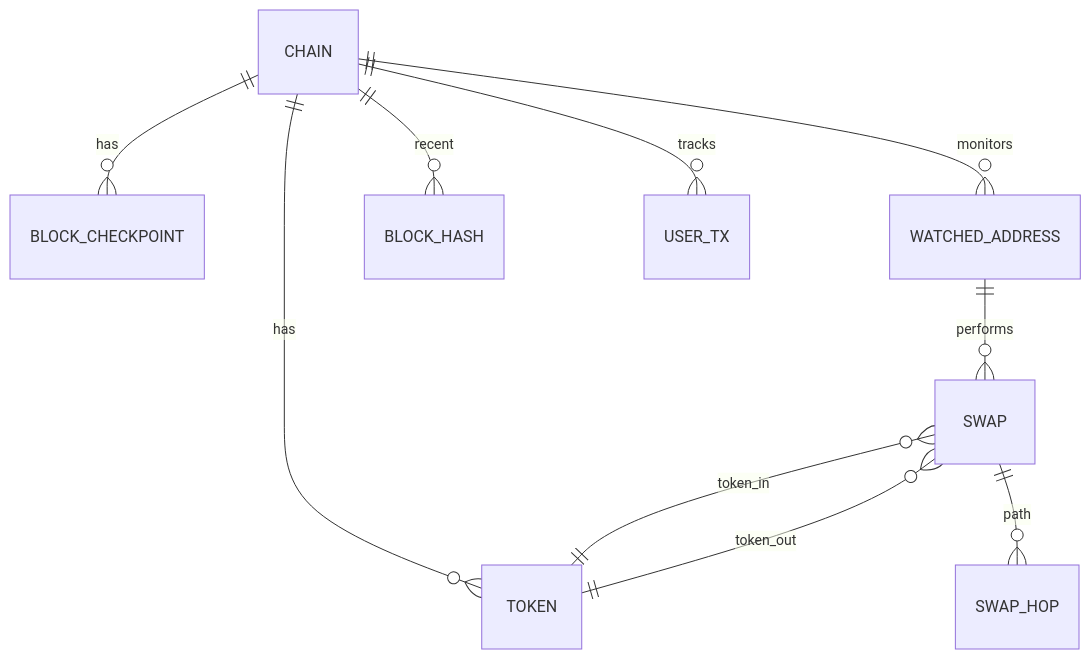
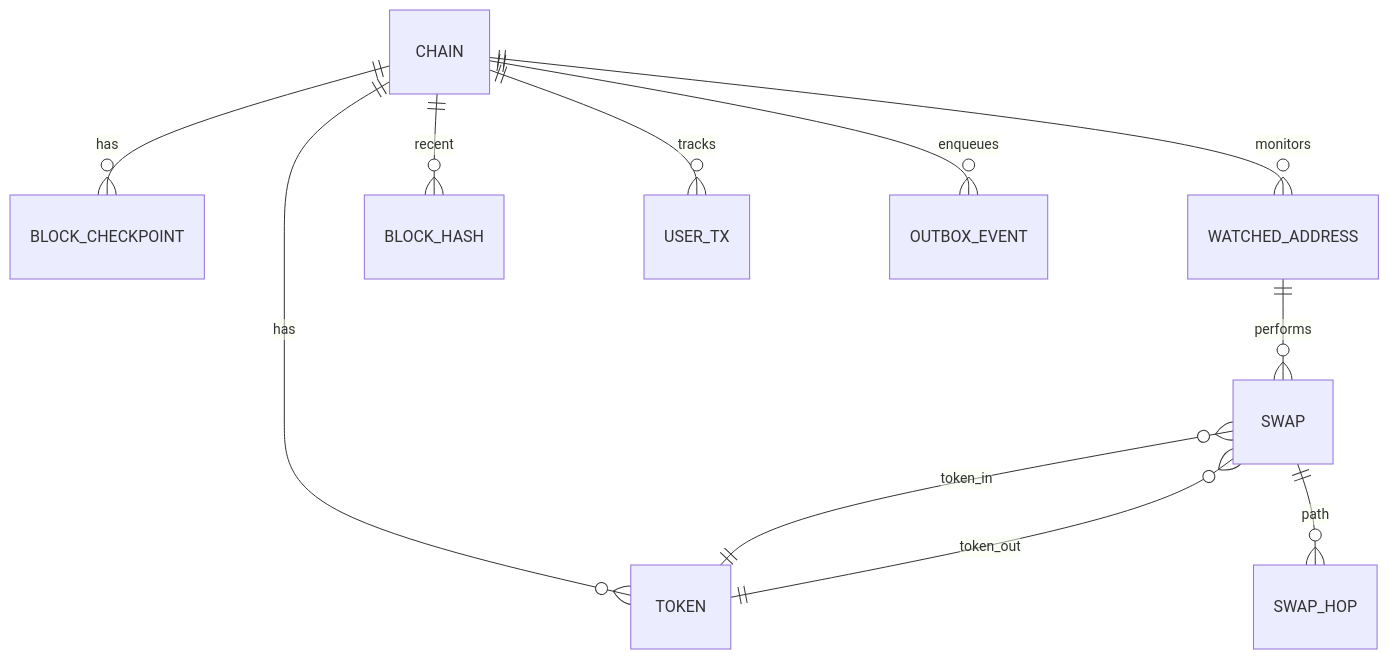
One commit to zhangjw1/anchor changed the eighth of 8 diagrams in docs/backend-design.md. Above: the diagram before and after it, drawn with Mermaid. The commit also changed other lines of this file and 15 other files, not shown here.

First line of the commit message:
docs: align design docs with outbox flow and annotate key logic

````diff
--- a/docs/backend-design.md
+++ b/docs/backend-design.md
@@ -432,12 +430,13 @@
 ```mermaid
 erDiagram
     CHAIN ||--o{ BLOCK_CHECKPOINT : has
     CHAIN ||--o{ TOKEN : has
     CHAIN ||--o{ WATCHED_ADDRESS : monitors
     WATCHED_ADDRESS ||--o{ SWAP : performs
     SWAP }o--|| TOKEN : token_in
     SWAP }o--|| TOKEN : token_out
     SWAP ||--o{ SWAP_HOP : path
     CHAIN ||--o{ BLOCK_HASH : recent
     CHAIN ||--o{ USER_TX : tracks
+    CHAIN ||--o{ OUTBOX_EVENT : enqueues
 ```
````
